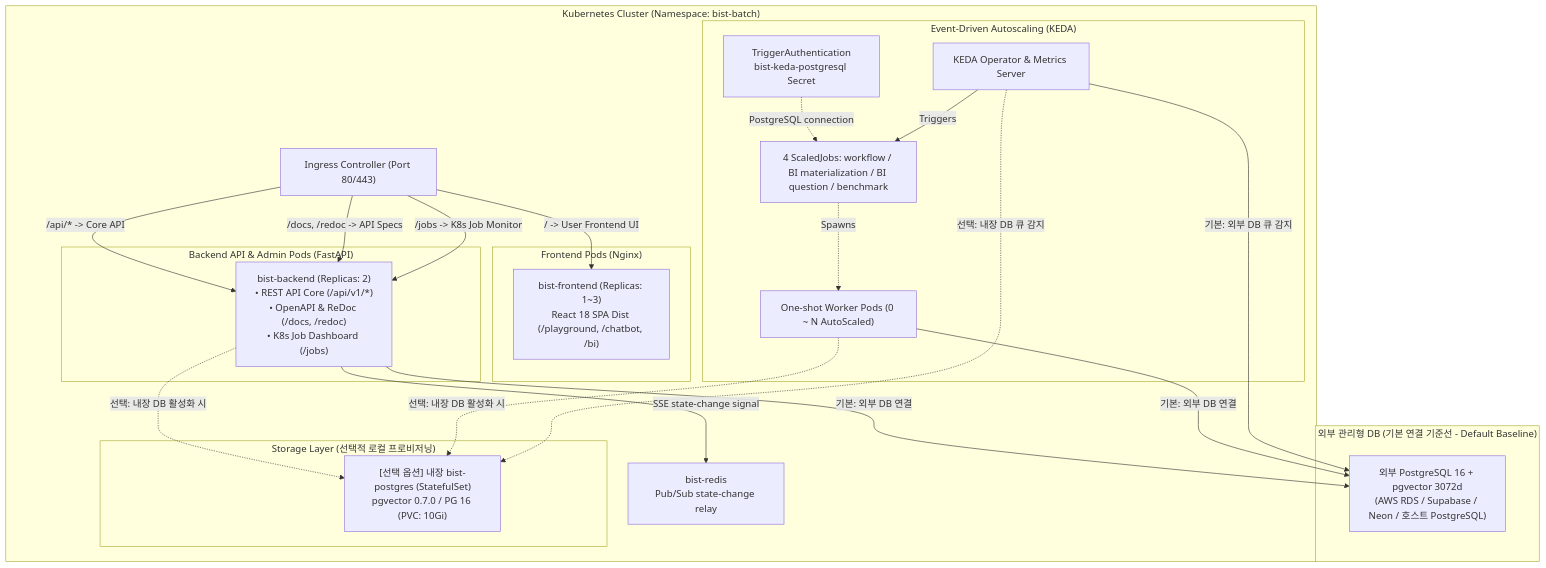
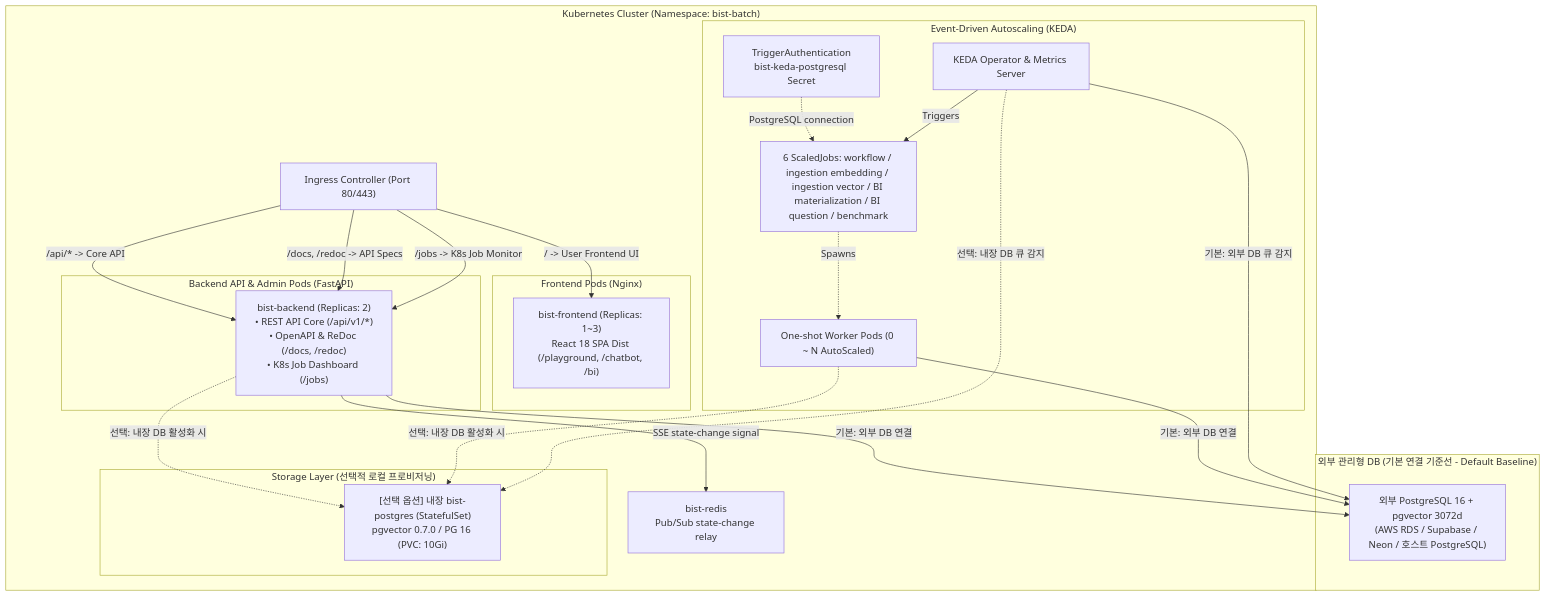
The first of 4 diagrams in docs/blueprints/01_system_blueprints/BP-104_deployment_and_infra_topology.md (bist-mini-final/bist-mini-final), drawn with Mermaid before and after one commit. The commit also changed other lines of this file and 205 other files, not shown here.

Commit message:
feat: initialize full-stack workspace architecture with BI analytics, company comparison, and job orchestration modules

````diff
--- a/docs/blueprints/01_system_blueprints/BP-104_deployment_and_infra_topology.md
+++ b/docs/blueprints/01_system_blueprints/BP-104_deployment_and_infra_topology.md
@@ -11,47 +11,47 @@
 ```mermaid
 graph TB
     subgraph ExternalDBGroup ["외부 관리형 DB (기본 연결 기준선 - Default Baseline)"]
         PG_EXTERNAL["외부 PostgreSQL 16 + pgvector 3072d<br>(AWS RDS / Supabase / Neon / 호스트 PostgreSQL)"]
     end
 
     subgraph K8sCluster ["Kubernetes Cluster (Namespace: bist-batch)"]
         INGRESS["Ingress Controller (Port 80/443)"]
         
         subgraph FrontendGroup ["Frontend Pods (Nginx)"]
             FE["bist-frontend (Replicas: 1~3)<br>React 18 SPA Dist (/playground, /chatbot, /bi)"]
         end
 
         subgraph BackendGroup ["Backend API & Admin Pods (FastAPI)"]
             BE["bist-backend (Replicas: 2)<br>• REST API Core (/api/v1/*)<br>• OpenAPI & ReDoc (/docs, /redoc)<br>• K8s Job Dashboard (/jobs)"]
         end
 
         REDIS["bist-redis<br>Pub/Sub state-change relay"]
 
         subgraph OptionalStorageGroup ["Storage Layer (선택적 로컬 프로비저닝)"]
             PG_INTERNAL["[선택 옵션] 내장 bist-postgres (StatefulSet)<br>pgvector 0.7.0 / PG 16 (PVC: 10Gi)"]
         end
 
         subgraph KedaGroup ["Event-Driven Autoscaling (KEDA)"]
             KEDA_OP["KEDA Operator & Metrics Server"]
-            SCALED_JOB["4 ScaledJobs: workflow / BI materialization / BI question / benchmark"]
+            SCALED_JOB["6 ScaledJobs: workflow / ingestion embedding / ingestion vector / BI materialization / BI question / benchmark"]
             AUTH["TriggerAuthentication<br>bist-keda-postgresql Secret"]
             WORKER_PODS["One-shot Worker Pods (0 ~ N AutoScaled)"]
             SCALED_JOB -.->|Spawns| WORKER_PODS
             AUTH -.->|PostgreSQL connection| SCALED_JOB
         end
     end
 
     INGRESS -->|/ -> User Frontend UI| FE
     INGRESS -->|/api/* -> Core API| BE
     INGRESS -->|/docs, /redoc -> API Specs| BE
     INGRESS -->|/jobs -> K8s Job Monitor| BE
     
     BE -->|기본: 외부 DB 연결| PG_EXTERNAL
     BE -->|SSE state-change signal| REDIS
     BE -.->|선택: 내장 DB 활성화 시| PG_INTERNAL
     WORKER_PODS -->|기본: 외부 DB 연결| PG_EXTERNAL
     WORKER_PODS -.->|선택: 내장 DB 활성화 시| PG_INTERNAL
     KEDA_OP -->|기본: 외부 DB 큐 감지| PG_EXTERNAL
     KEDA_OP -.->|선택: 내장 DB 큐 감지| PG_INTERNAL
     KEDA_OP -->|Triggers| SCALED_JOB
 ```
````
